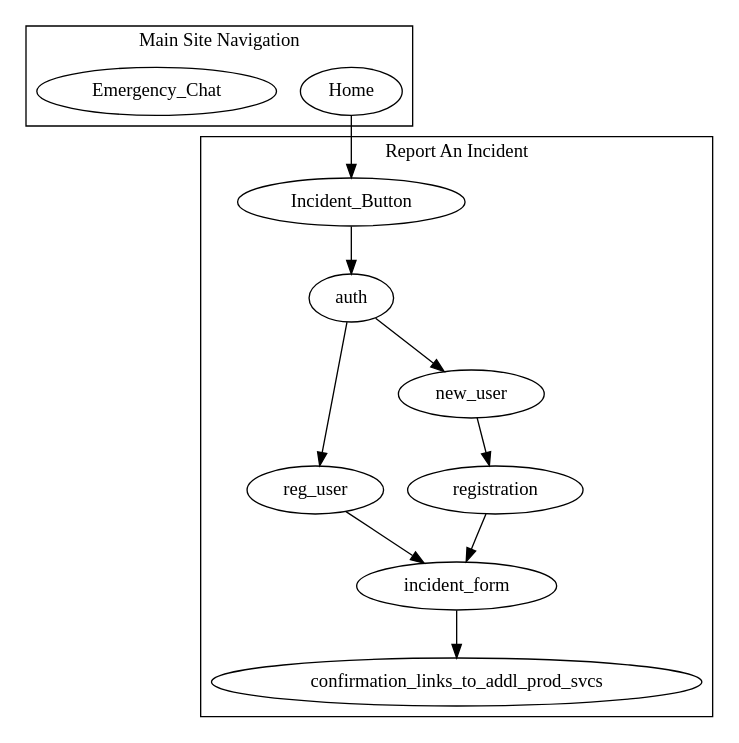
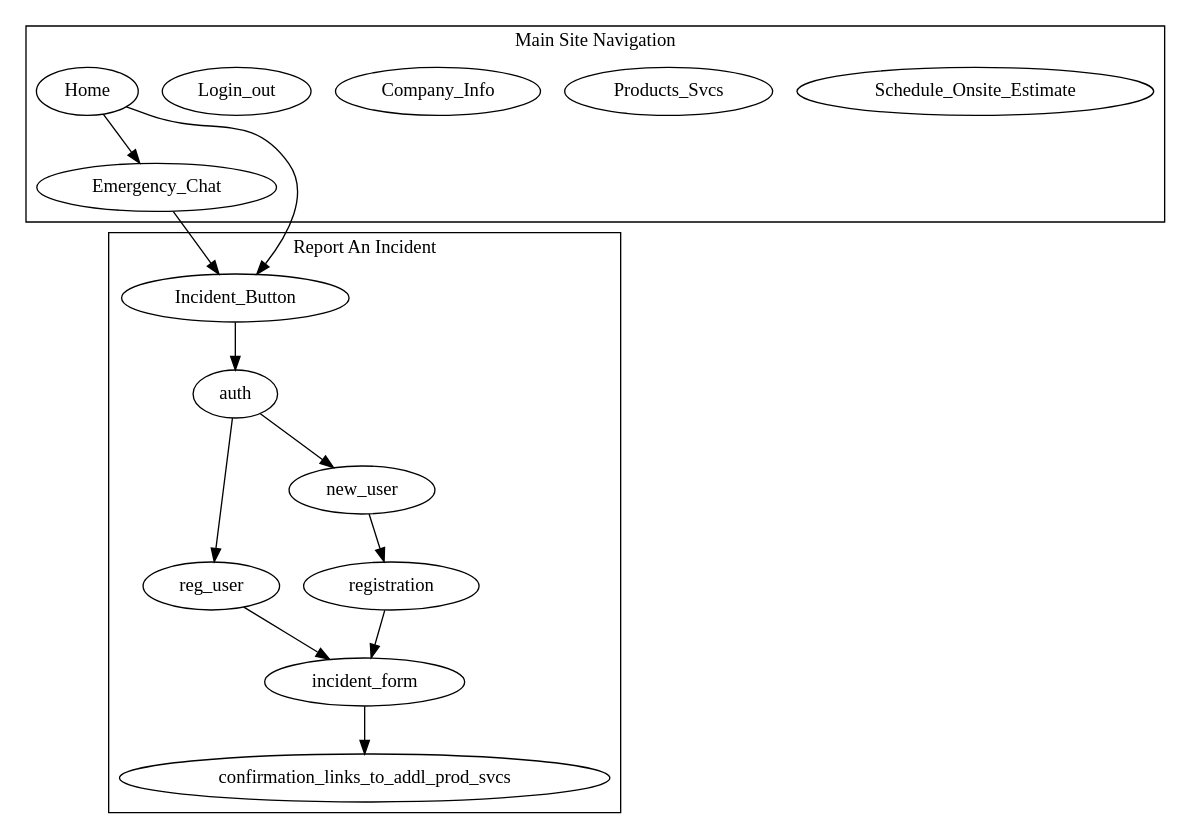
The diagram in Ben-Liz-Chey-LiLi/flow.dot (maxbrockman453/Base-UX-Building-Blocks-B16), drawn with Graphviz before and after one commit.

Commit message:
Push user flow ver. 1.0

```diff
--- a/Ben-Liz-Chey-LiLi/flow.dot
+++ b/Ben-Liz-Chey-LiLi/flow.dot
@@ -1,15 +1,20 @@
   digraph {
     subgraph cluster_0 {
       label="Report An Incident ";
       Incident_Button -> auth;
       auth -> reg_user -> incident_form;
       auth -> new_user -> registration -> incident_form;
       incident_form -> confirmation_links_to_addl_prod_svcs;
     }
 
     subgraph cluster_1 {
       label="Main Site Navigation";
+      Emergency_Chat;
+      Schedule_Onsite_Estimate;
+      Products_Svcs;
+      Company_Info;
+      Login_out;
+      Home -> Emergency_Chat -> Incident_Button;
       Home -> Incident_Button;
-      Emergency_Chat;
     }
   }
```
